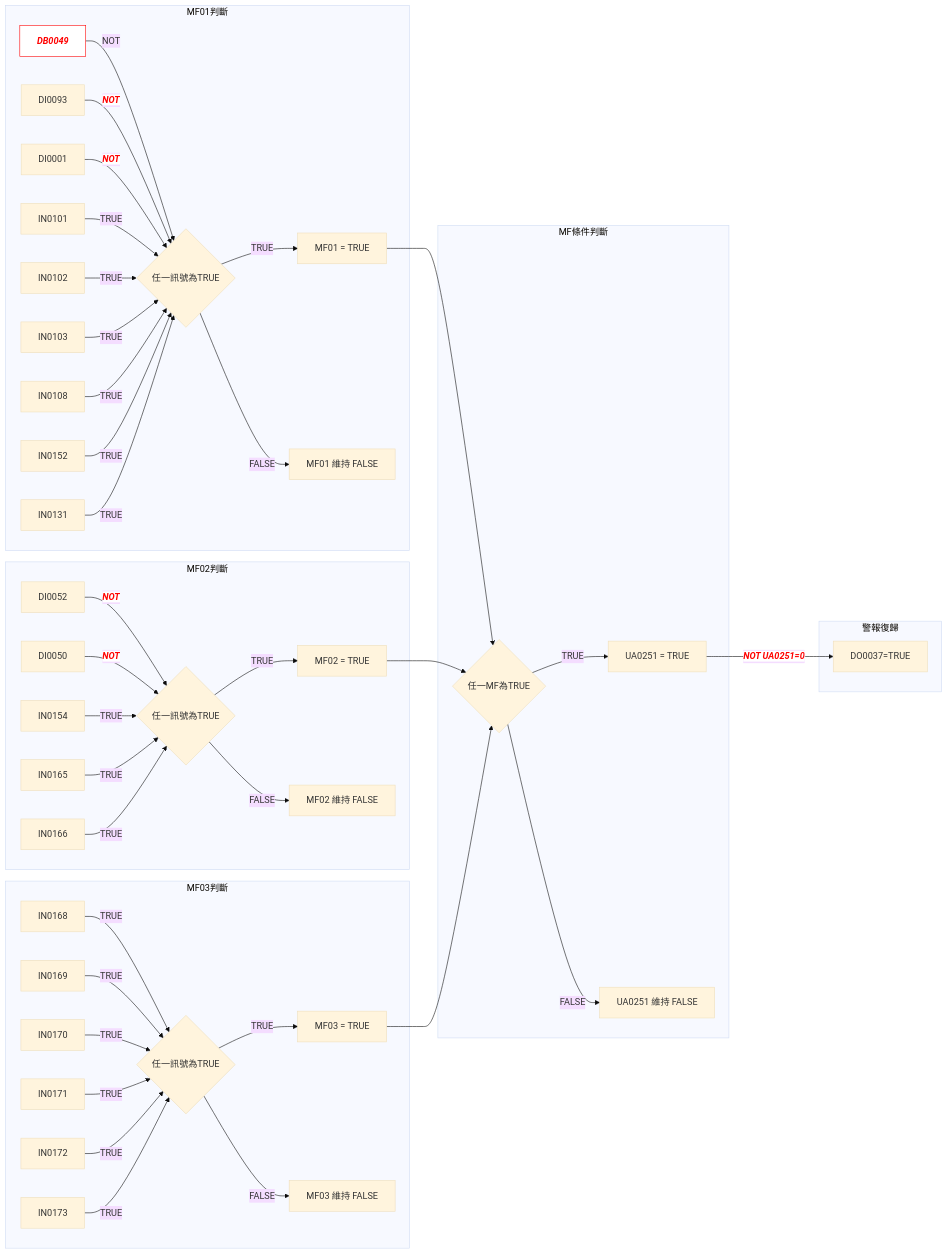
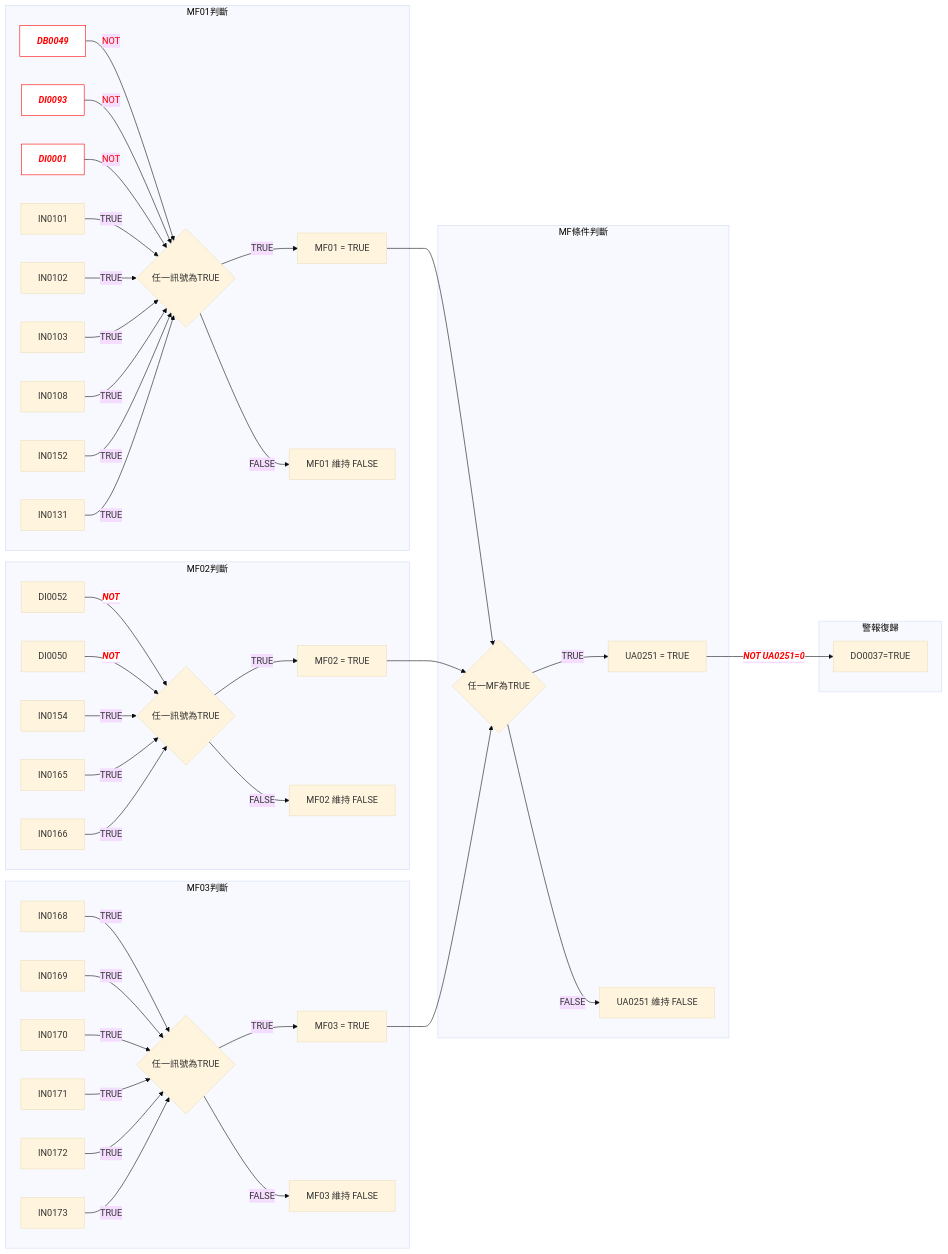
One commit to HachiTsai/DCS-learning changed the first of 2 diagrams in docs/DCS/Hitachi/Control-logic-mermaid.md. Above: the diagram before and after it, drawn with Mermaid (base theme). The commit also changed 3 other files, not shown here.

Commit message:
try mermaid color setting with example1

````diff
--- a/docs/DCS/Hitachi/Control-logic-mermaid.md
+++ b/docs/DCS/Hitachi/Control-logic-mermaid.md
@@ -5,52 +5,52 @@
 ```mermaid
 flowchart LR
     subgraph MF01判斷
         A1[DB0049] -->|NOT| C1{任一訊號為TRUE}
-        B1[DI0093] -->|"<font color='red' style='background-color:white;font-style:italic; font-weight:bold'>NOT</font>"| C1
-        D1[DI0001] -->|"<font color='red' style='background-color:white;font-style:italic; font-weight:bold'>NOT</font>"| C1
+        B1[DI0093] -->|NOT| C1
+        D1[DI0001] -->|NOT| C1
         G1[IN0101] -->|TRUE| C1
         H1[IN0102] -->|TRUE| C1
         I1[IN0103] -->|TRUE| C1
         L1[IN0108] -->|TRUE| C1
         J1[IN0152] -->|TRUE| C1
         K1[IN0131] -->|TRUE| C1
         C1{任一訊號為TRUE} -->|TRUE| E1[MF01 = TRUE]
         C1 -->|FALSE| F1[MF01 維持 FALSE]
     end
-
+        linkStyle 0,1,2 color:red;
         classDef redBold fill:#fff,stroke:#f00,color:#f00,font-weight:bold,font-style:italic
-        class A1 redBold
+        class A1,B1,D1 redBold
 
     subgraph MF02判斷
         A2[DI0052] -->|"<font color='red' style='background-color:white;font-style:italic; font-weight:bold'>NOT</font>"| C2
         B2[DI0050] -->|"<font color='red' style='background-color:white;font-style:italic; font-weight:bold'>NOT</font>"| C2
         G2[IN0154] -->|TRUE| C2
         H2[IN0165] -->|TRUE| C2
         I2[IN0166] -->|TRUE| C2
         C2{任一訊號為TRUE} -->|TRUE| E2[MF02 = TRUE]
         C2 -->|FALSE| F2[MF02 維持 FALSE]
     end
 
     subgraph MF03判斷
         A3[IN0168] -->|TRUE| C3
         B3[IN0169] -->|TRUE| C3
         D3[IN0170] -->|TRUE| C3
         G3[IN0171] -->|TRUE| C3
         H3[IN0172] -->|TRUE| C3
         I3[IN0173] -->|TRUE| C3
         C3{任一訊號為TRUE} -->|TRUE| E3[MF03 = TRUE]
         C3 -->|FALSE| F3[MF03 維持 FALSE]
     end
 
     subgraph MF條件判斷
         E1 --> C4{任一MF為TRUE}
         E2 --> C4
         E3 --> C4
         C4 -->|TRUE| K4[UA0251 = TRUE]
         C4 -->|FALSE| K5[UA0251 維持 FALSE]
     end
 
     subgraph 警報復歸
         K4 -->|"<font color='red' style='background-color:white;font-style:italic; font-weight:bold'>NOT UA0251=0</font>"| B4[DO0037=TRUE]
     end
 ```
````
